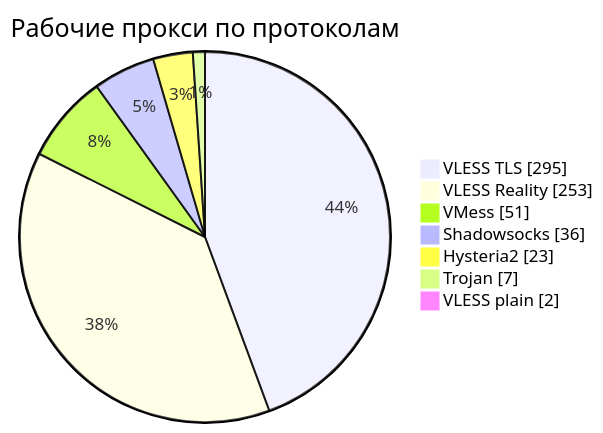
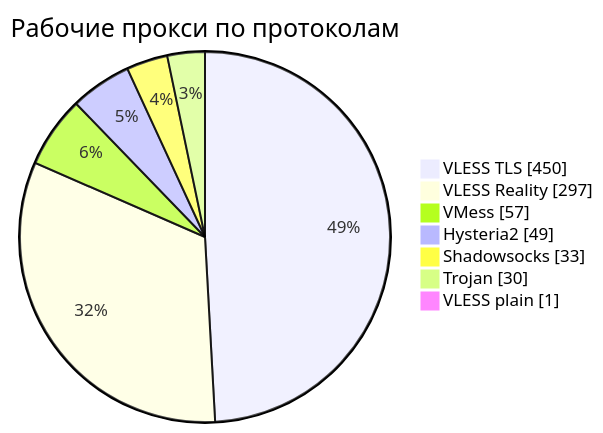
One commit to rvvg/proxy-subs changed the third of 4 diagrams in README.md. Above: the diagram before and after it, drawn with Mermaid. The commit also changed other lines of this file and 48 other files, not shown here.

````diff
--- a/README.md
+++ b/README.md
@@ -134,11 +137,11 @@
 ```mermaid
 pie showData
     title Рабочие прокси по протоколам
-    "VLESS TLS" : 295
-    "VLESS Reality" : 253
-    "VMess" : 51
-    "Shadowsocks" : 36
-    "Hysteria2" : 23
-    "Trojan" : 7
-    "VLESS plain" : 2
+    "VLESS TLS" : 450
+    "VLESS Reality" : 297
+    "VMess" : 57
+    "Hysteria2" : 49
+    "Shadowsocks" : 33
+    "Trojan" : 30
+    "VLESS plain" : 1
 ```
````
